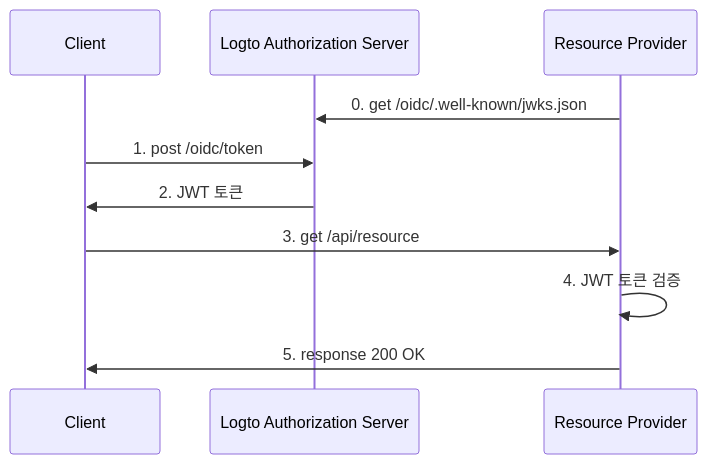
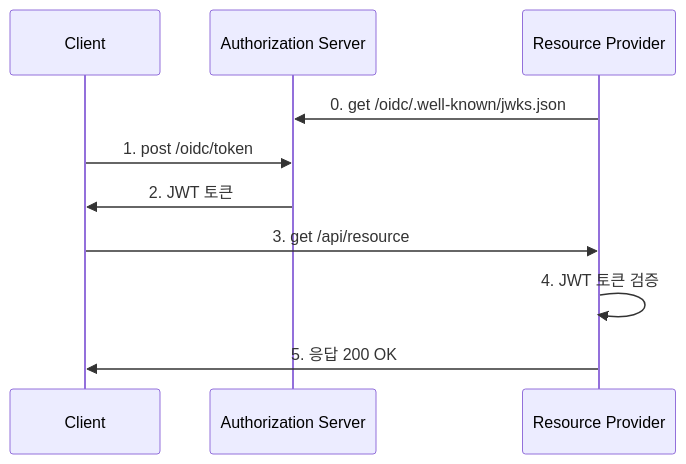
One commit to logto-io/auth-wiki changed the second of 2 diagrams in src/content/terms/ko/opaque-token.mdx. Above: the diagram before and after it, drawn with Mermaid. The commit also changed other lines of this file and 98 other files, not shown here.

````diff
--- a/src/content/terms/ko/opaque-token.mdx
+++ b/src/content/terms/ko/opaque-token.mdx
@@ -72,14 +73,16 @@
 ```mermaid
+
 sequenceDiagram
     participant C as Client
-    participant AS as Logto Authorization Server
+    participant AS as Authorization Server
     participant RP as Resource Provider
 
     RP ->> AS: 0. get /oidc/.well-known/jwks.json
 
     C ->> AS: 1. post /oidc/token
     AS ->> C: 2. JWT 토큰
     C ->> RP: 3. get /api/resource
     RP ->> RP: 4. JWT 토큰 검증
-    RP ->> C: 5. response 200 OK
+    RP ->> C: 5. 응답 200 OK
+
 ```
````
